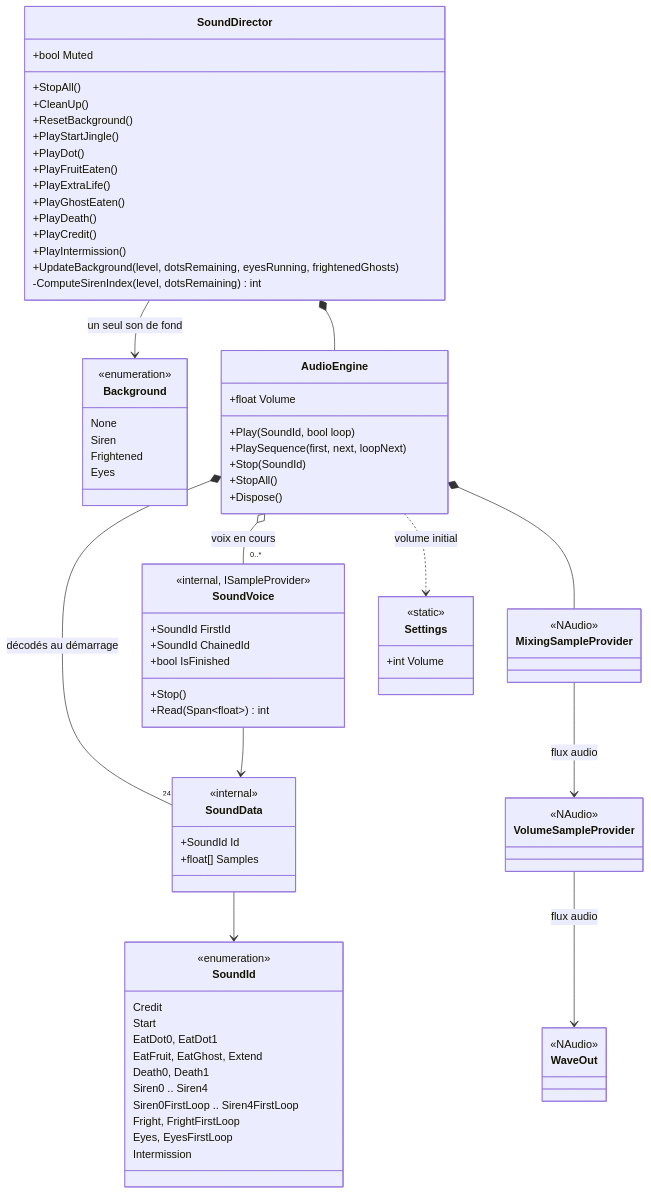
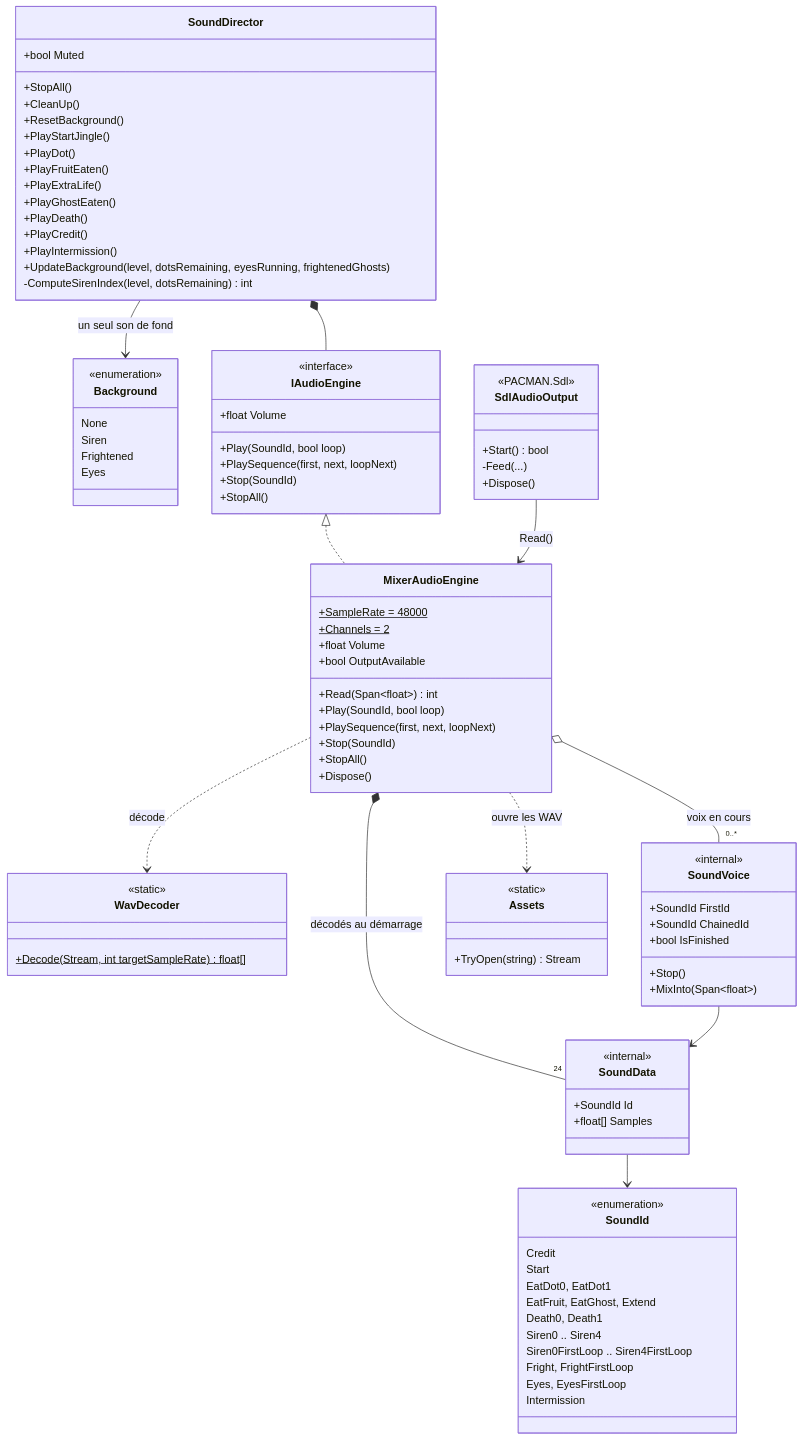
Before and after one commit to Telev78/pacman: the seventh of 18 diagrams in docs/Pacman_UML_et_etats.md, drawn with Mermaid. The commit also changed other lines of this file and 36 other files, not shown here.

````diff
--- a/docs/Pacman_UML_et_etats.md
+++ b/docs/Pacman_UML_et_etats.md
@@ -619,21 +672,37 @@
     Frightened
     Eyes
   }
-  class AudioEngine {
+  class IAudioEngine {
+    <<interface>>
     +float Volume
+    +Play(SoundId, bool loop)
+    +PlaySequence(first, next, loopNext)
+    +Stop(SoundId)
+    +StopAll()
+  }
+  class MixerAudioEngine {
+    +SampleRate = 48000$
+    +Channels = 2$
+    +float Volume
+    +bool OutputAvailable
+    +Read(Span~float~) int
     +Play(SoundId, bool loop)
     +PlaySequence(first, next, loopNext)
     +Stop(SoundId)
     +StopAll()
     +Dispose()
   }
+  class WavDecoder {
+    <<static>>
+    +Decode(Stream, int targetSampleRate)$ float[]
+  }
   class SoundVoice {
-    <<internal, ISampleProvider>>
+    <<internal>>
     +SoundId FirstId
     +SoundId ChainedId
     +bool IsFinished
     +Stop()
-    +Read(Span~float~) int
+    +MixInto(Span~float~)
   }
   class SoundData {
     <<internal>>
@@ -653,28 +722,25 @@
     Eyes, EyesFirstLoop
     Intermission
   }
-  class MixingSampleProvider {
-    <<NAudio>>
+  class Assets {
+    <<static>>
+    +TryOpen(string) Stream
   }
-  class VolumeSampleProvider {
-    <<NAudio>>
-  }
-  class WaveOut {
-    <<NAudio>>
-  }
-  class Settings {
-    <<static>>
-    +int Volume
+  class SdlAudioOutput {
+    <<PACMAN.Sdl>>
+    +Start() bool
+    -Feed(...)
+    +Dispose()
   }
 
-  SoundDirector *-- AudioEngine
+  SoundDirector *-- IAudioEngine
   SoundDirector --> Background : un seul son de fond
-  AudioEngine *-- "24" SoundData : décodés au démarrage
-  AudioEngine o-- "0..*" SoundVoice : voix en cours
+  IAudioEngine <|.. MixerAudioEngine
+  MixerAudioEngine *-- "24" SoundData : décodés au démarrage
+  MixerAudioEngine o-- "0..*" SoundVoice : voix en cours
+  MixerAudioEngine ..> WavDecoder : décode
+  MixerAudioEngine ..> Assets : ouvre les WAV
   SoundVoice --> SoundData
   SoundData --> SoundId
-  AudioEngine *-- MixingSampleProvider
-  MixingSampleProvider --> VolumeSampleProvider : flux audio
-  VolumeSampleProvider --> WaveOut : flux audio
-  AudioEngine ..> Settings : volume initial
+  SdlAudioOutput --> MixerAudioEngine : Read()
 ```
````
